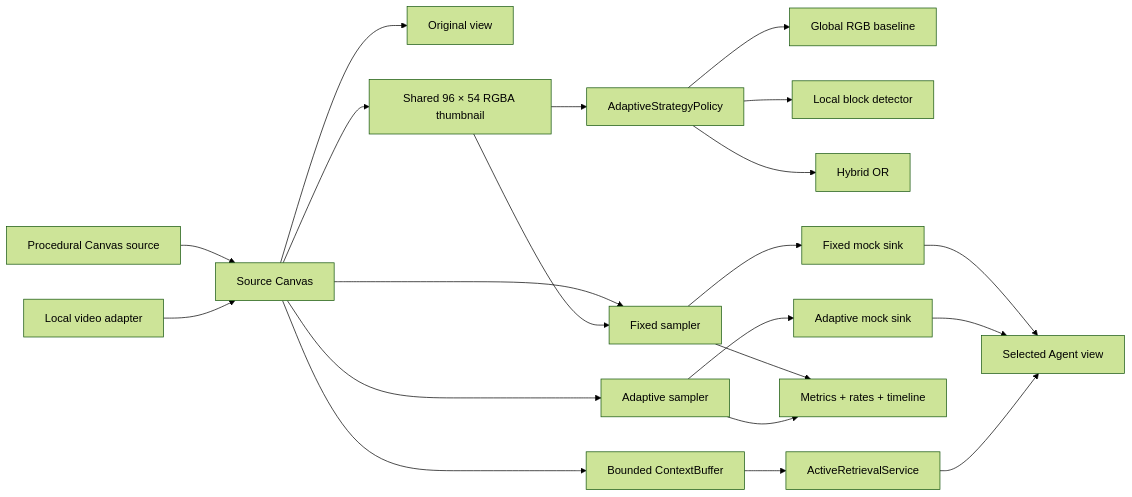
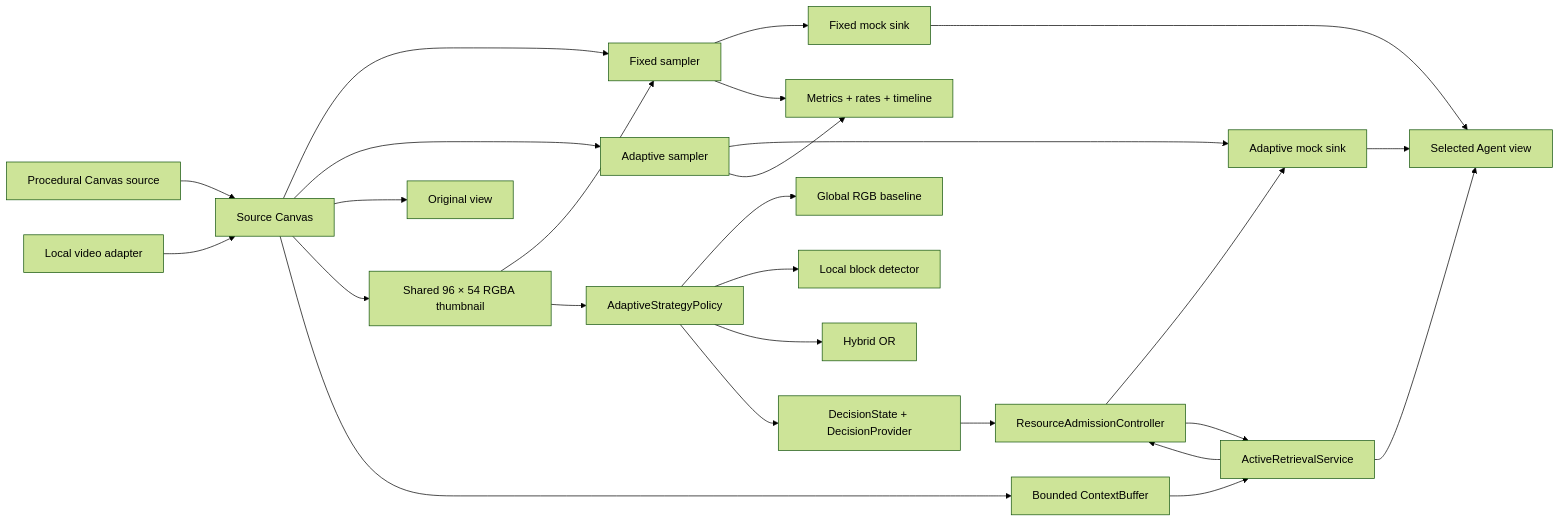
Before and after one commit to WaterMelonKnight/SemanticStream: the diagram in ARCHITECTURE.md, drawn with Mermaid (forest theme). The commit also changed other lines of this file and 38 other files, not shown here.

Commit message:
Add task-aware decision engine and unified admission

````diff
--- a/ARCHITECTURE.md
+++ b/ARCHITECTURE.md
@@ -7,23 +7,28 @@
 ```mermaid
 flowchart LR
   Demo[Procedural Canvas source] --> SourceCanvas[Source Canvas]
   Video[Local video adapter] --> SourceCanvas
   SourceCanvas --> Fixed[Fixed sampler]
   SourceCanvas --> Adaptive[Adaptive sampler]
   SourceCanvas --> Original[Original view]
   SourceCanvas --> Thumb[Shared 96 × 54 RGBA thumbnail]
   Thumb --> Fixed
   Thumb --> Strategy[AdaptiveStrategyPolicy]
   Strategy --> Global[Global RGB baseline]
   Strategy --> Local[Local block detector]
   Strategy --> Hybrid[Hybrid OR]
   Fixed --> FixedSink[Fixed mock sink]
   Adaptive --> AdaptiveSink[Adaptive mock sink]
   Fixed --> Metrics[Metrics + rates + timeline]
   Adaptive --> Metrics
   FixedSink --> Agent[Selected Agent view]
   AdaptiveSink --> Agent
   SourceCanvas --> Buffer[Bounded ContextBuffer]
   Buffer --> Retrieval[ActiveRetrievalService]
+  Retrieval --> Admission[ResourceAdmissionController]
+  Strategy --> Decision[DecisionState + DecisionProvider]
+  Decision --> Admission
+  Admission --> AdaptiveSink
+  Admission --> Retrieval
   Retrieval --> Agent
 ```
````
